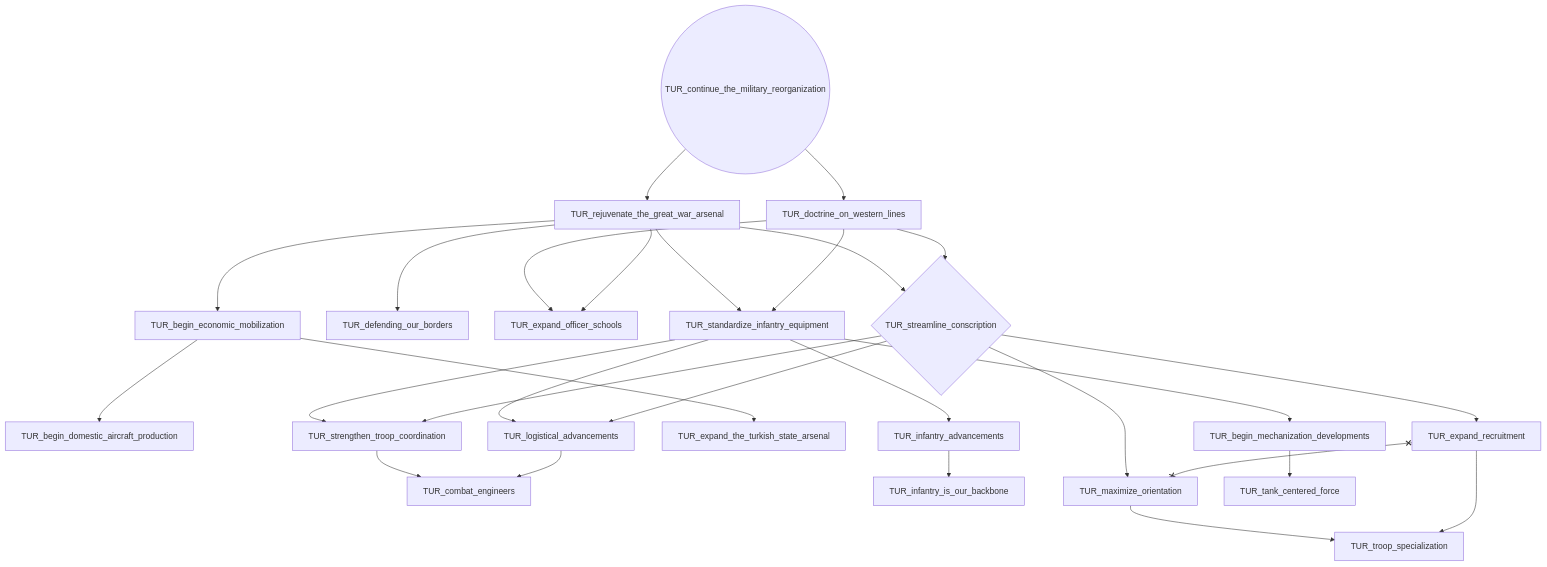
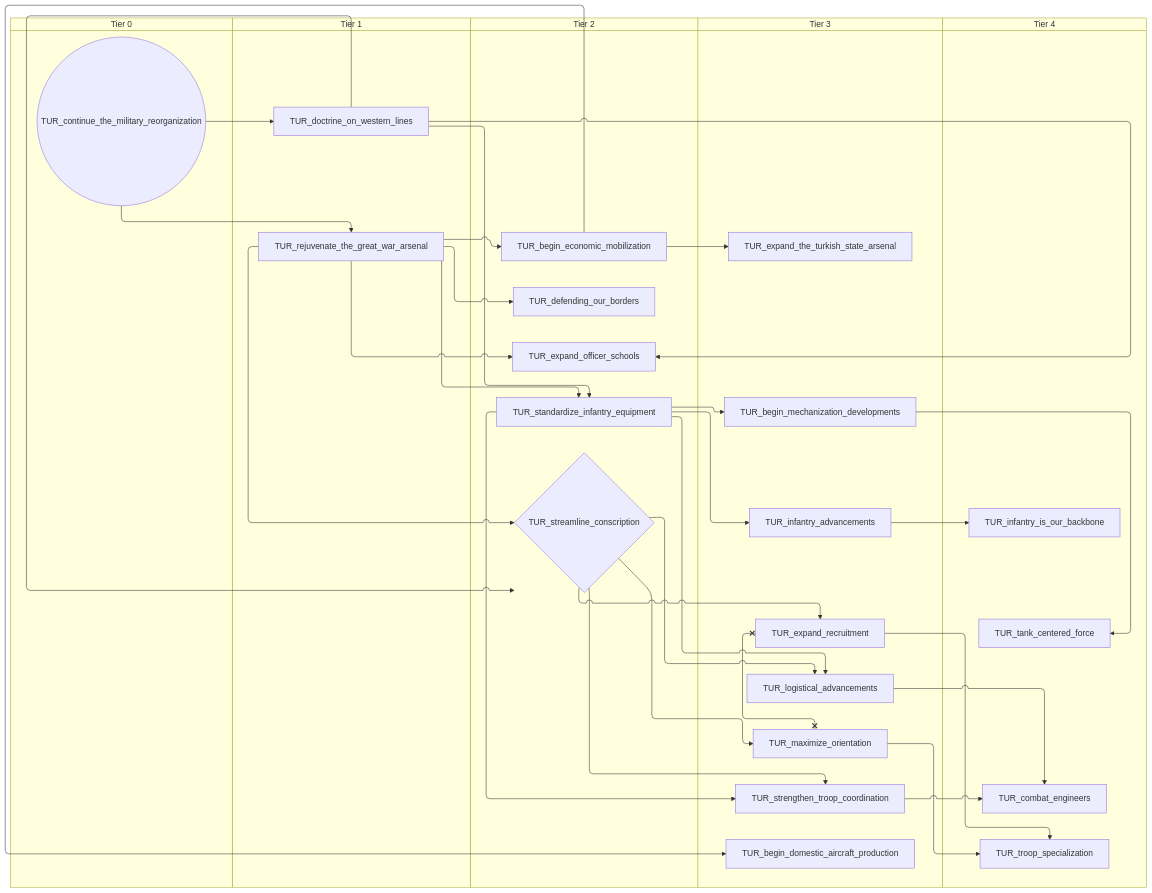
One commit to evgeny-sobol/hoi4-sandbox-mode-r56 changed the first of 8 diagrams in docs/gdd/National Focuses/r56_turkey.md. Above: the diagram before and after it, drawn with Mermaid. The commit also changed other lines of this file and 423 other files, not shown here.

First line of the commit message:
Re-export Rt56 focus trees as swimlane diagrams

````diff
--- a/docs/gdd/National Focuses/r56_turkey.md
+++ b/docs/gdd/National Focuses/r56_turkey.md
@@ -3,50 +3,60 @@
 ```mermaid
-flowchart TD
-    n1["TUR_begin_domestic_aircraft_production"]
-    n2["TUR_begin_economic_mobilization"]
-    n3["TUR_begin_mechanization_developments"]
-    n4["TUR_combat_engineers"]
-    n5(("TUR_continue_the_military_reorganization"))
-    n6["TUR_defending_our_borders"]
-    n7["TUR_doctrine_on_western_lines"]
-    n8["TUR_expand_officer_schools"]
-    n9["TUR_expand_recruitment"]
-    n10["TUR_expand_the_turkish_state_arsenal"]
-    n11["TUR_infantry_advancements"]
-    n12["TUR_infantry_is_our_backbone"]
-    n13["TUR_logistical_advancements"]
-    n14["TUR_maximize_orientation"]
-    n15["TUR_rejuvenate_the_great_war_arsenal"]
-    n16["TUR_standardize_infantry_equipment"]
-    n17{"TUR_streamline_conscription"}
-    n18["TUR_strengthen_troop_coordination"]
-    n19["TUR_tank_centered_force"]
-    n20["TUR_troop_specialization"]
-    n2 --> n1
-    n15 --> n2
-    n16 --> n3
-    n18 --> n4
-    n13 --> n4
-    n15 --> n6
-    n5 --> n7
-    n7 --> n8
-    n15 --> n8
-    n17 --> n9
-    n2 --> n10
-    n16 --> n11
-    n11 --> n12
-    n16 --> n13
-    n17 --> n13
-    n17 --> n14
-    n5 --> n15
-    n15 --> n16
+swimlane-beta TD
+    subgraph tier_0["Tier 0"]
+        n1(("TUR_continue_the_military_reorganization"))
+    end
+    subgraph tier_1["Tier 1"]
+        n2["TUR_doctrine_on_western_lines"]
+        n3["TUR_rejuvenate_the_great_war_arsenal"]
+    end
+    subgraph tier_2["Tier 2"]
+        n4["TUR_begin_economic_mobilization"]
+        n5["TUR_defending_our_borders"]
+        n6["TUR_expand_officer_schools"]
+        n7["TUR_standardize_infantry_equipment"]
+        n8{"TUR_streamline_conscription"}
+    end
+    subgraph tier_3["Tier 3"]
+        n9["TUR_begin_domestic_aircraft_production"]
+        n10["TUR_begin_mechanization_developments"]
+        n11["TUR_expand_recruitment"]
+        n12["TUR_expand_the_turkish_state_arsenal"]
+        n13["TUR_infantry_advancements"]
+        n14["TUR_logistical_advancements"]
+        n15["TUR_maximize_orientation"]
+        n16["TUR_strengthen_troop_coordination"]
+    end
+    subgraph tier_4["Tier 4"]
+        n17["TUR_combat_engineers"]
+        n18["TUR_infantry_is_our_backbone"]
+        n19["TUR_tank_centered_force"]
+        n20["TUR_troop_specialization"]
+    end
+    n4 --> n9
+    n3 --> n4
+    n7 --> n10
+    n16 --> n17
+    n14 --> n17
+    n3 --> n5
+    n1 --> n2
+    n2 --> n6
+    n3 --> n6
+    n8 --> n11
+    n4 --> n12
+    n7 --> n13
+    n13 --> n18
+    n7 --> n14
+    n8 --> n14
+    n8 --> n15
+    n1 --> n3
+    n3 --> n7
+    n2 --> n7
+    n3 --> n8
+    n2 --> n8
     n7 --> n16
-    n15 --> n17
-    n7 --> n17
-    n16 --> n18
-    n17 --> n18
-    n3 --> n19
-    n14 --> n20
-    n9 --> n20
-    n9 x--x n14
+    n8 --> n16
+    n10 --> n19
+    n15 --> n20
+    n11 --> n20
+    n11 x--x n15
 ```
````
